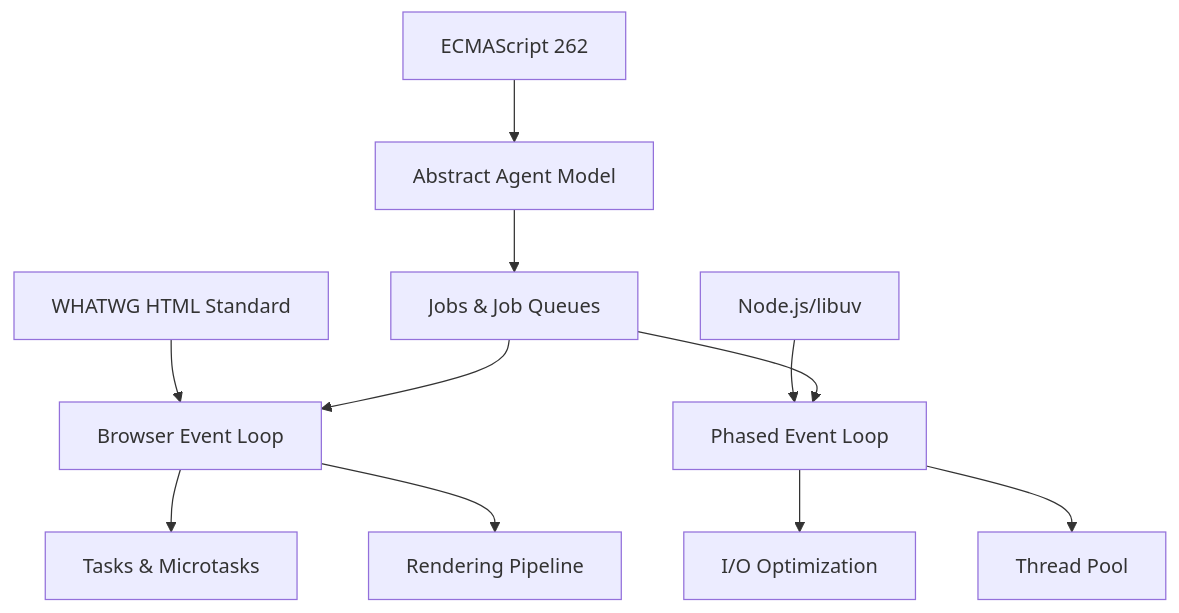
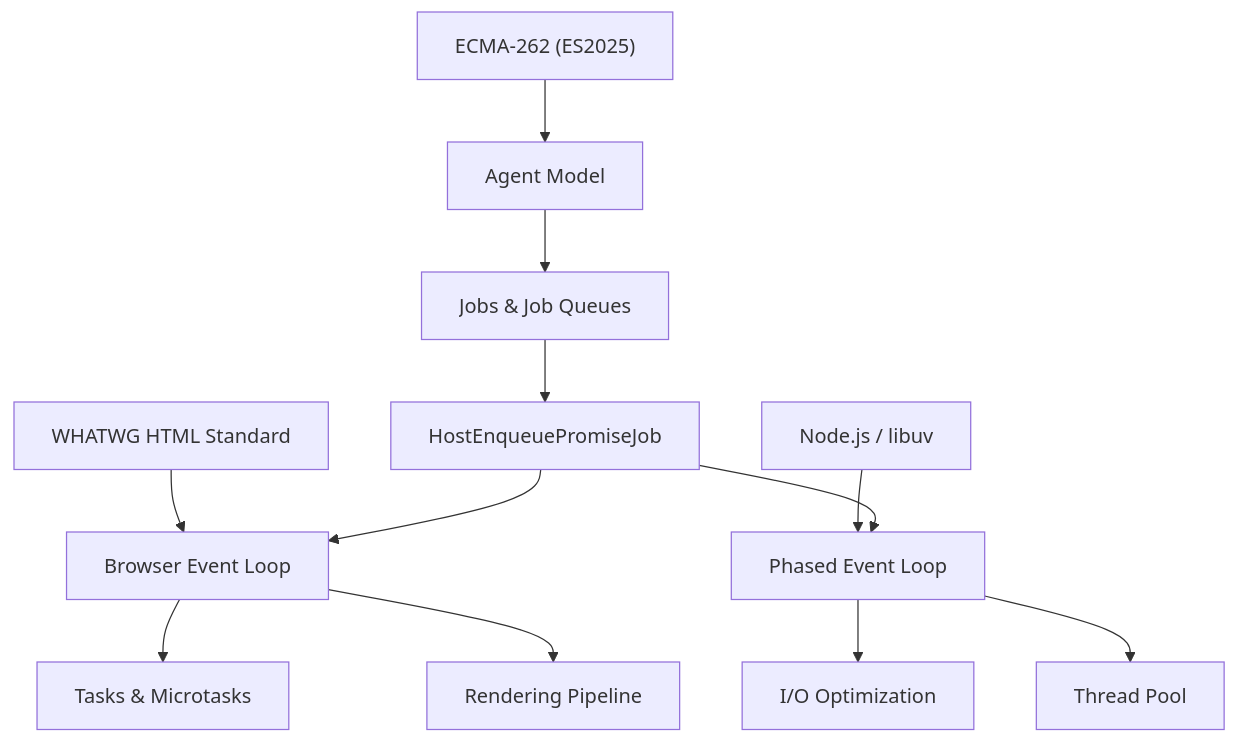
The third of 15 diagrams in v4/content/articles/browser-runtime-internals/js-runtime-internals/js-event-loop/README.md (sujeet-pro/legacy-personal-site), drawn with Mermaid before and after one commit. The commit also changed other lines of this file and 115 other files, not shown here.

````diff
--- a/v4/content/articles/browser-runtime-internals/js-runtime-internals/js-event-loop/README.md
+++ b/v4/content/articles/browser-runtime-internals/js-runtime-internals/js-event-loop/README.md
@@ -147,16 +112,17 @@
 ```mermaid
 graph TD
-    A[ECMAScript 262] --> B[Abstract Agent Model]
+    A["ECMA-262 (ES2025)"] --> B[Agent Model]
     B --> C[Jobs & Job Queues]
+    C --> D[HostEnqueuePromiseJob]
 
-    D[WHATWG HTML Standard] --> E[Browser Event Loop]
-    E --> F[Tasks & Microtasks]
-    E --> G[Rendering Pipeline]
+    E[WHATWG HTML Standard] --> F[Browser Event Loop]
+    F --> G[Tasks & Microtasks]
+    F --> H[Rendering Pipeline]
 
-    H[Node.js/libuv] --> I[Phased Event Loop]
-    I --> J[I/O Optimization]
-    I --> K[Thread Pool]
+    I["Node.js / libuv"] --> J[Phased Event Loop]
+    J --> K["I/O Optimization"]
+    J --> L[Thread Pool]
 
-    C --> E
-    C --> I
+    D --> F
+    D --> J
 ```
````
